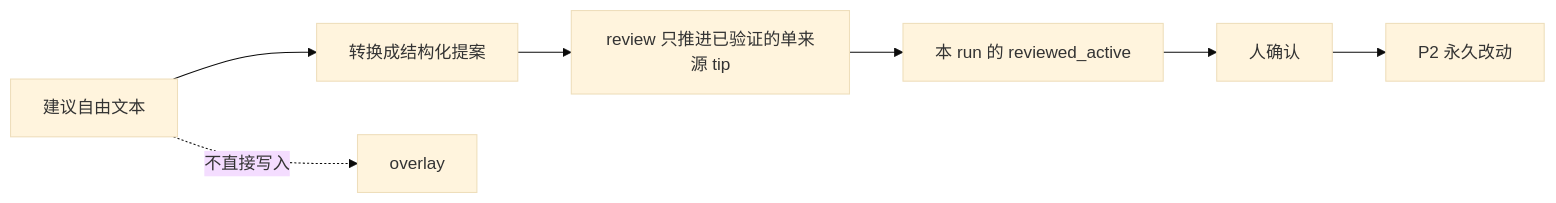
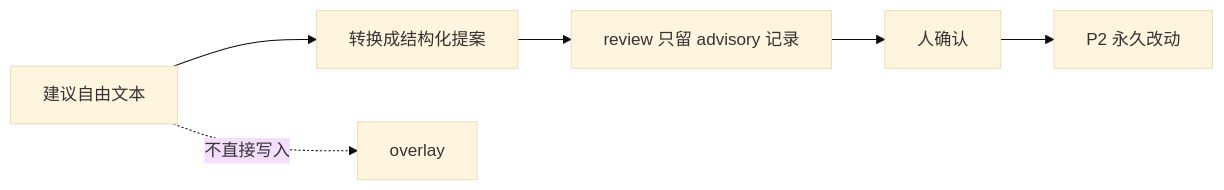
One commit to kuafuwang/ShapeForge changed the second of 2 diagrams in docs/security.md. Above: the diagram before and after it, drawn with Mermaid (base theme). The commit also changed other lines of this file and 562 other files, not shown here.

````diff
--- a/docs/security.md
+++ b/docs/security.md
@@ -52,9 +52,8 @@
 ```mermaid
 flowchart LR
     A["建议自由文本"] --> B["转换成结构化提案"]
-    B --> C["review 只推进已验证的单来源 tip"]
-    C --> D["本 run 的 reviewed_active"]
-    D --> E["人确认"]
+    B --> C["review 只留 advisory 记录"]
+    C --> E["人确认"]
     E --> F["P2 永久改动"]
     A -.->|"不直接写入"| G["overlay"]
 ```
````
